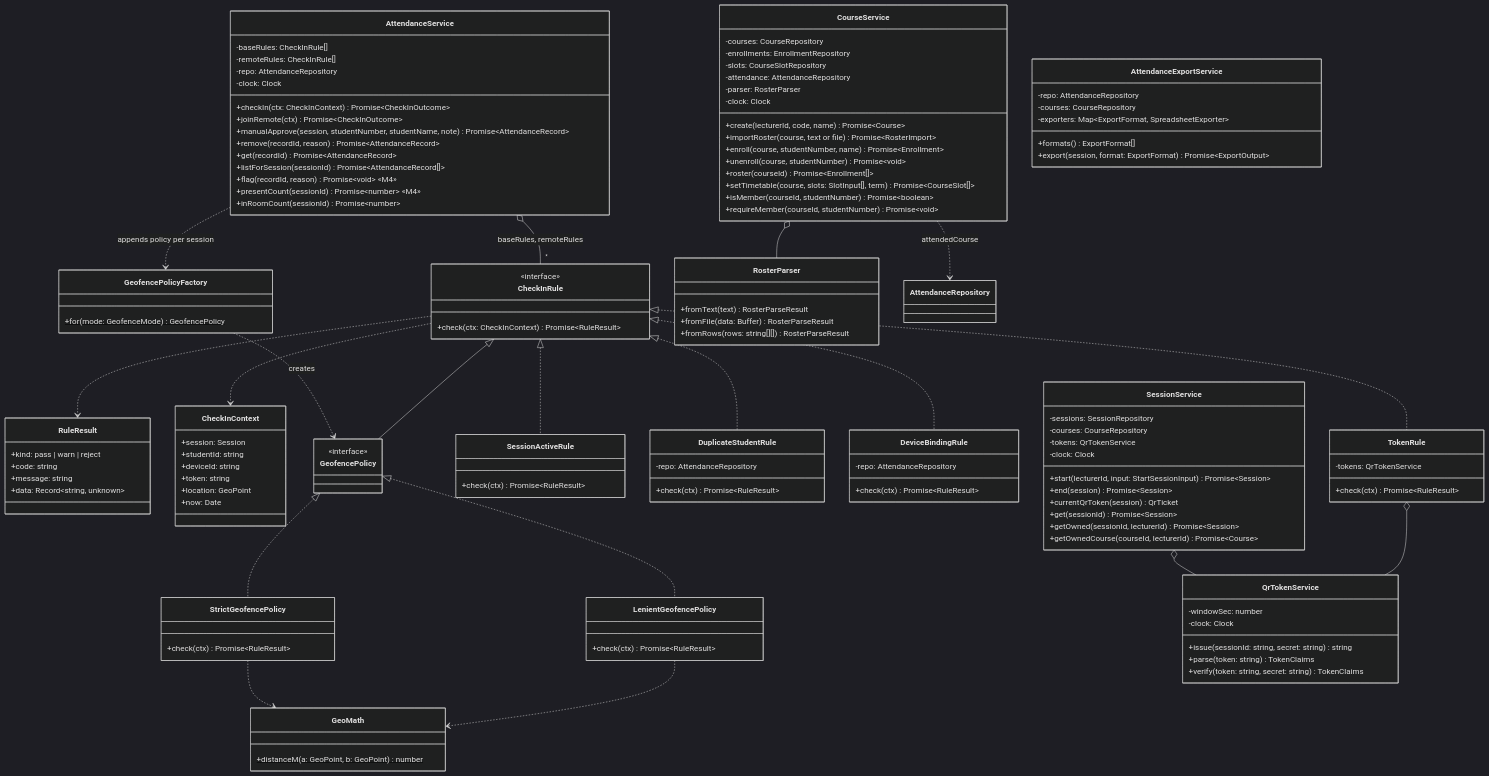
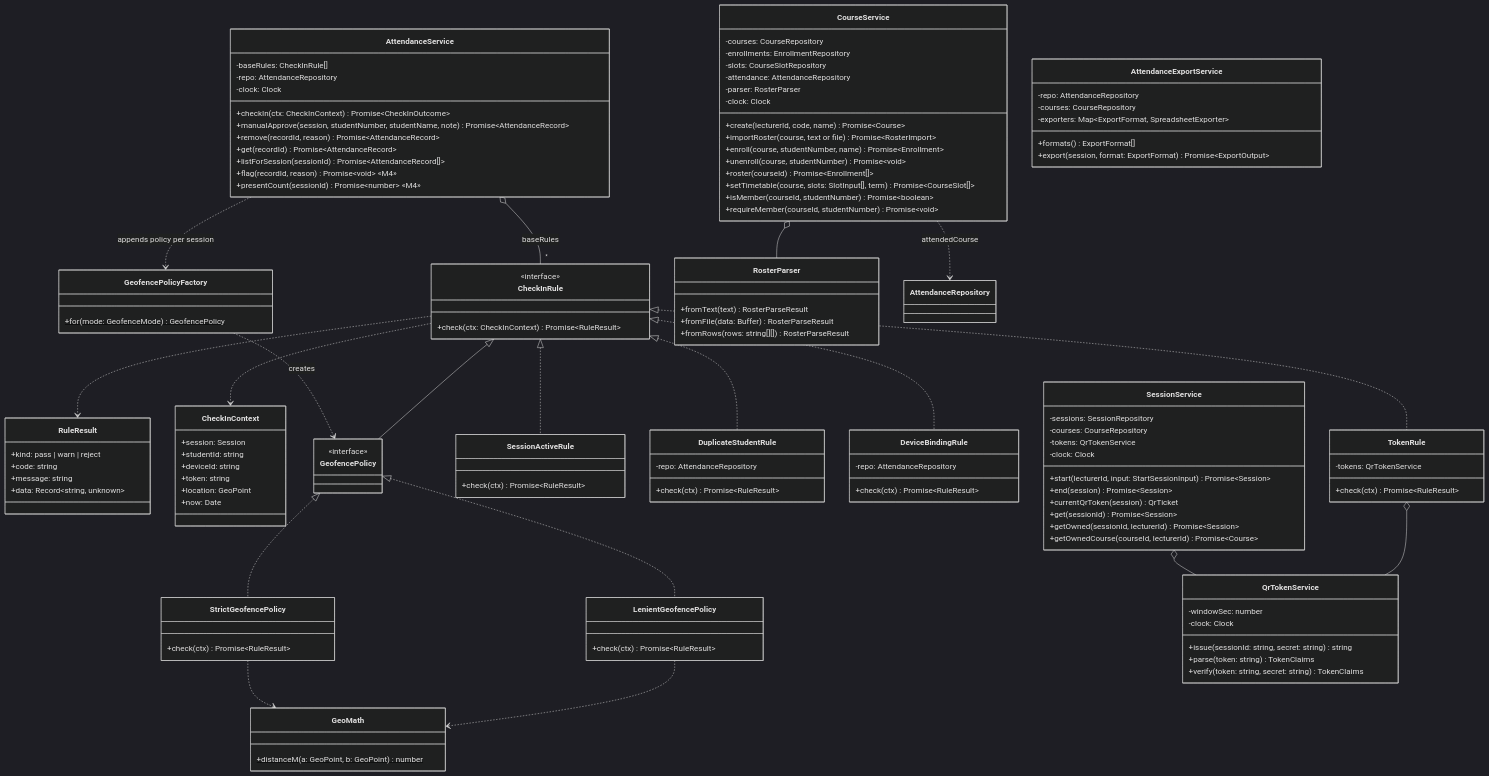
One commit to GiladApel/classpulse changed the third of 8 diagrams in docs/06-class-diagrams.md. Above: the diagram before and after it, drawn with Mermaid (dark theme). The commit also changed other lines of this file, not shown here.

Commit message:
docs(edd): attendance classes without remote joining

```diff
--- a/docs/06-class-diagrams.md
+++ b/docs/06-class-diagrams.md
@@ -335,18 +335,15 @@
   }
   class AttendanceService {
     -baseRules: CheckInRule[]
-    -remoteRules: CheckInRule[]
     -repo: AttendanceRepository
     -clock: Clock
     +checkIn(ctx: CheckInContext) Promise~CheckInOutcome~
-    +joinRemote(ctx) Promise~CheckInOutcome~
     +manualApprove(session, studentNumber, studentName, note) Promise~AttendanceRecord~
     +remove(recordId, reason) Promise~AttendanceRecord~
     +get(recordId) Promise~AttendanceRecord~
     +listForSession(sessionId) Promise~AttendanceRecord[]~
     +flag(recordId, reason) Promise~void~ «M4»
     +presentCount(sessionId) Promise~number~ «M4»
-    +inRoomCount(sessionId) Promise~number~
   }
   class SessionService {
     -sessions: SessionRepository
@@ -401,7 +398,7 @@
   StrictGeofencePolicy ..> GeoMath
   TokenRule o-- QrTokenService
   SessionService o-- QrTokenService
-  AttendanceService o-- "*" CheckInRule : baseRules, remoteRules
+  AttendanceService o-- "*" CheckInRule : baseRules
   CourseService o-- RosterParser
   CourseService ..> AttendanceRepository : attendedCourse
   AttendanceService ..> GeofencePolicyFactory : appends policy per session
```
